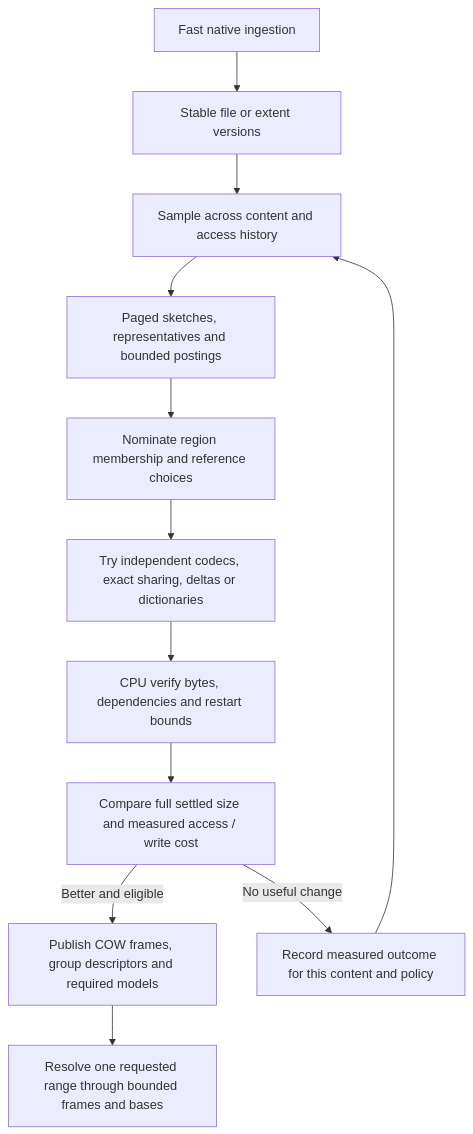
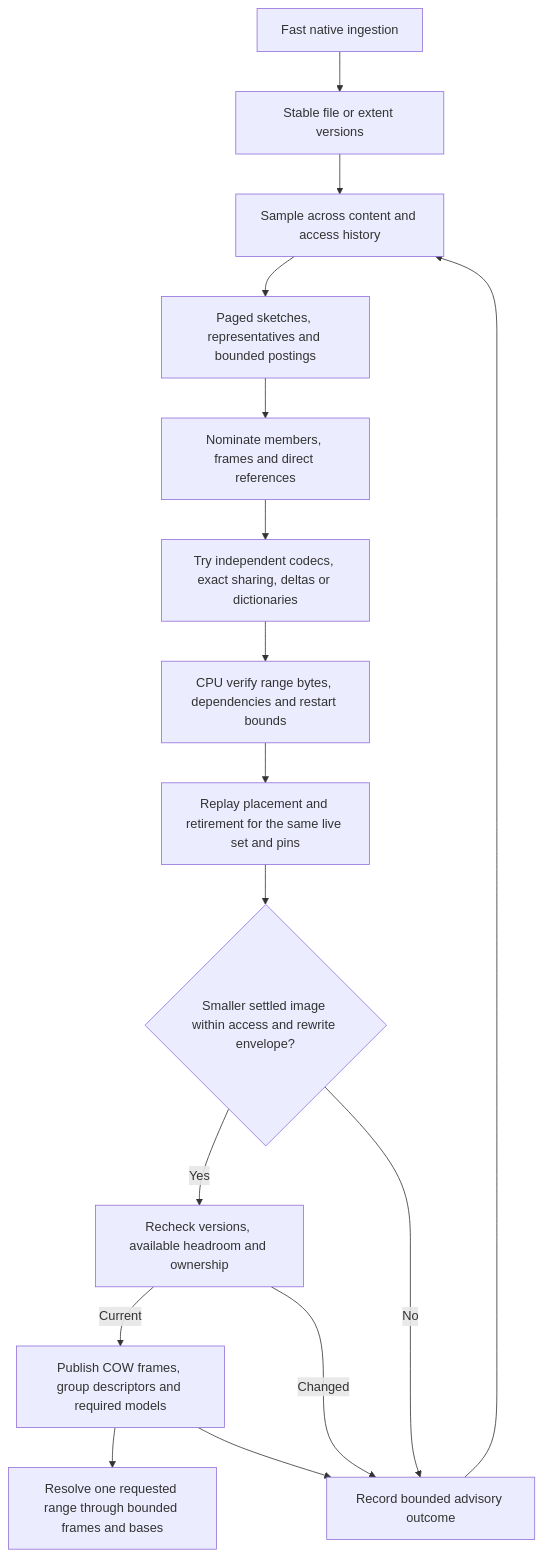
One commit to strmt7/FlitzFS changed the fourth of 5 diagrams in docs/architecture/TARGET.md. Above: the diagram before and after it, drawn with Mermaid. The commit also changed other lines of this file and 9 other files, not shown here.

First line of the commit message:
Reconcile FlitzFS architecture and prioritize release work

````diff
--- a/docs/architecture/TARGET.md
+++ b/docs/architecture/TARGET.md
@@ -177,14 +180,18 @@
 ```mermaid
 flowchart TD
     Ingest["Fast native ingestion"] --> Stable["Stable file or extent versions"]
     Stable --> Sample["Sample across content and access history"]
     Sample --> Sparse["Paged sketches, representatives and bounded postings"]
-    Sparse --> Nominate["Nominate region membership and reference choices"]
+    Sparse --> Nominate["Nominate members, frames and direct references"]
     Nominate --> Trial["Try independent codecs, exact sharing, deltas or dictionaries"]
-    Trial --> Verify["CPU verify bytes, dependencies and restart bounds"]
-    Verify --> Compare["Compare full settled size and measured access / write cost"]
-    Compare -->|Better and eligible| Publish["Publish COW frames, group descriptors and required models"]
-    Compare -->|No useful change| Memo["Record measured outcome for this content and policy"]
+    Trial --> Verify["CPU verify range bytes, dependencies and restart bounds"]
+    Verify --> Settle["Replay placement and retirement for the same live set and pins"]
+    Settle --> Compare{"Smaller settled image within access and rewrite envelope?"}
+    Compare -->|Yes| Recheck["Recheck versions, available headroom and ownership"]
+    Recheck -->|Current| Publish["Publish COW frames, group descriptors and required models"]
+    Recheck -->|Changed| Memo["Record bounded advisory outcome"]
+    Compare -->|No| Memo
     Publish --> Range["Resolve one requested range through bounded frames and bases"]
+    Publish --> Memo
     Memo --> Sample
 ```
````
